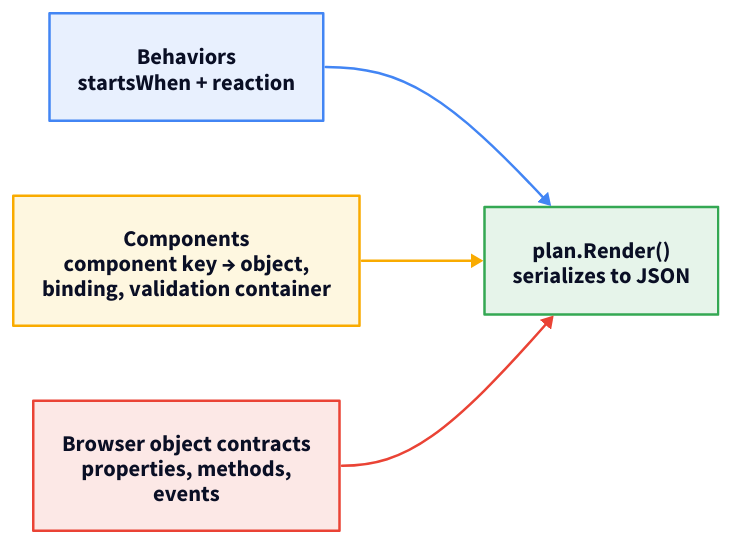
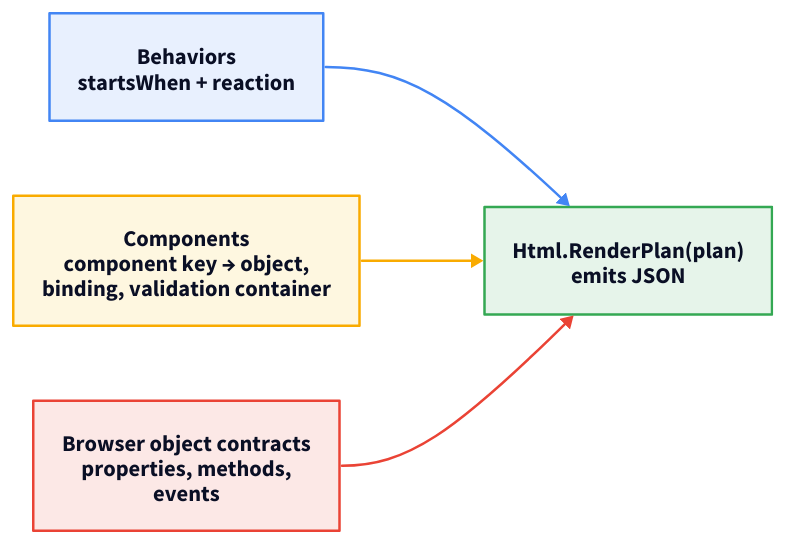
The second of 2 diagrams in docs-site/src/content/docs/architecture/descriptors-and-plan.mdx (marafiq/alis-reactive), drawn with D2 before and after one commit. The commit also changed other lines of this file and 3 other files, not shown here.

Commit message:
docs: align plan render and test helper wording

````diff
--- a/docs-site/src/content/docs/architecture/descriptors-and-plan.mdx
+++ b/docs-site/src/content/docs/architecture/descriptors-and-plan.mdx
@@ -84,38 +84,38 @@
 ```d2
 direction: right
 
 behaviors: "Behaviors\nstartsWhen + reaction" {
   shape: rectangle
   style.fill: "#e8f0fe"
   style.stroke: "#4285f4"
   style.font-size: 18
 }
 components: "Components\ncomponent key → object,\nbinding, validation container" {
   shape: rectangle
   style.fill: "#fef7e0"
   style.stroke: "#f9ab00"
   style.font-size: 18
 }
 types: "Browser object contracts\nproperties, methods,\nevents" {
   shape: rectangle
   style.fill: "#fce8e6"
   style.stroke: "#ea4335"
   style.font-size: 18
 }
-render: "plan.Render()\nserializes to JSON" {
+render: "Html.RenderPlan(plan)\nemits JSON" {
   shape: rectangle
   style.fill: "#e6f4ea"
   style.stroke: "#34a853"
   style.font-size: 18
 }
 
 behaviors -> render {
   style.stroke: "#4285f4"
 }
 components -> render {
   style.stroke: "#f9ab00"
 }
 types -> render {
   style.stroke: "#ea4335"
 }
 ```
````
